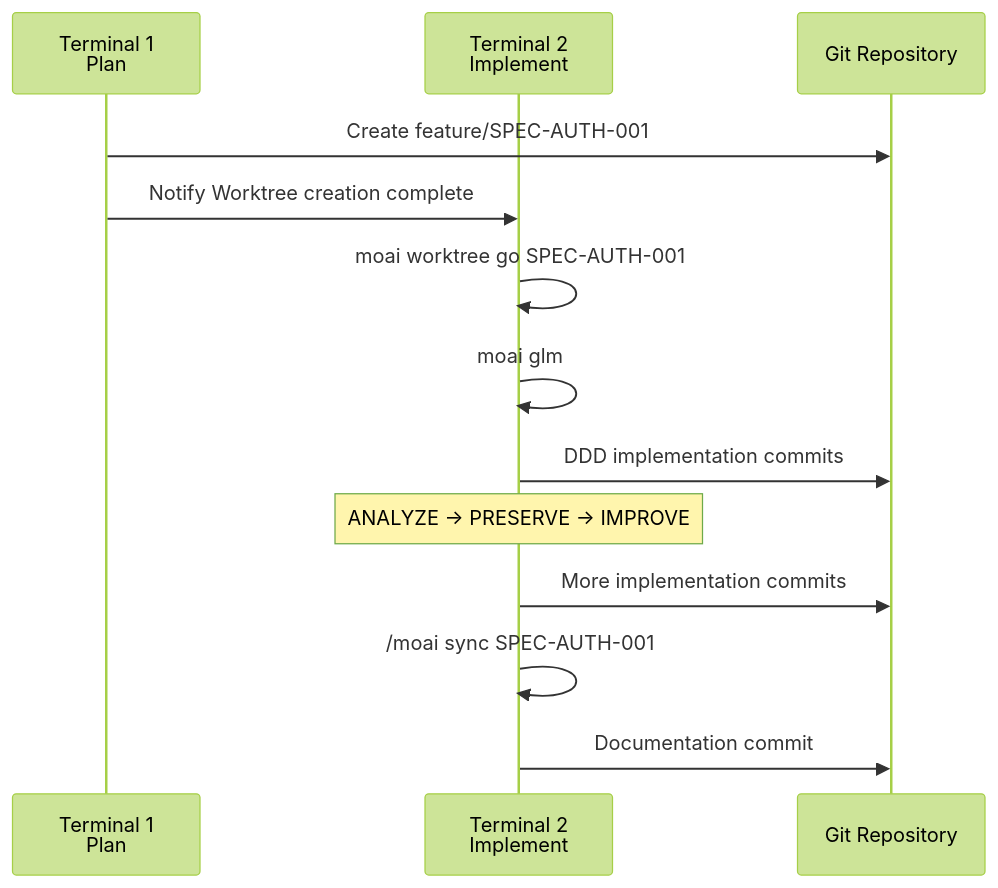
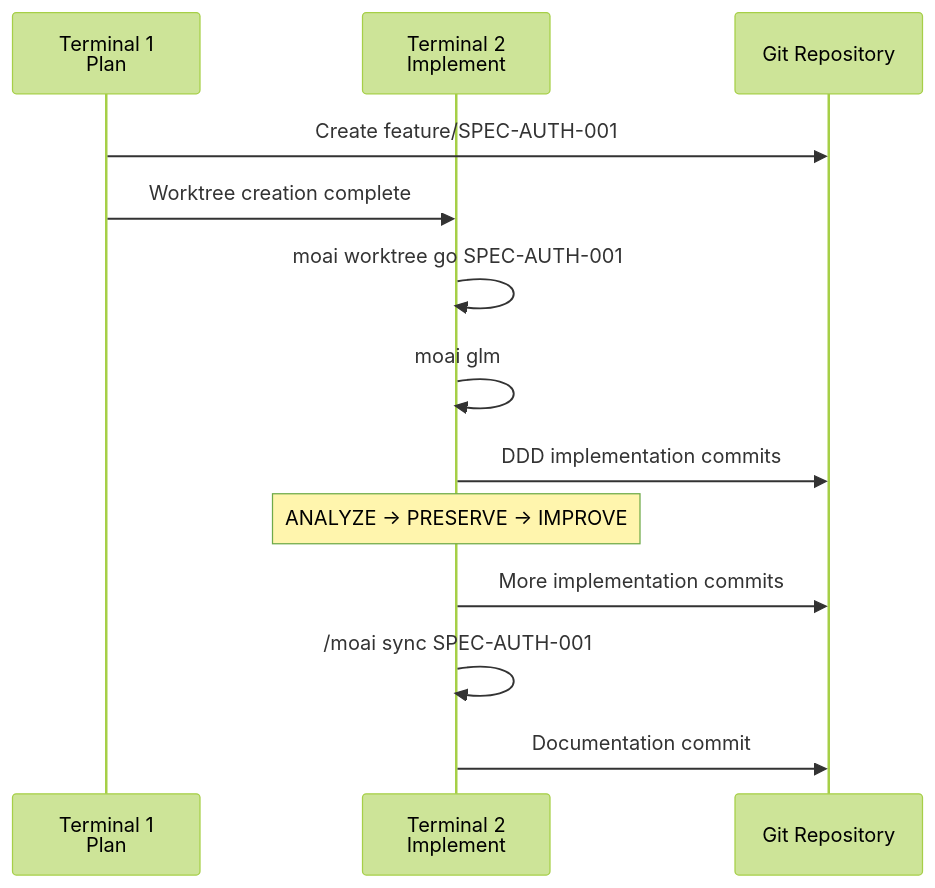
The sixth of 10 diagrams in docs-site/content/en/worktree/guide.md (modu-ai/moai-adk), drawn with Mermaid (forest theme) before and after one commit. The commit also changed other lines of this file and 395 other files, not shown here.

````diff
--- a/docs-site/content/en/worktree/guide.md
+++ b/docs-site/content/en/worktree/guide.md
@@ -423,18 +432,18 @@
 ```mermaid
 sequenceDiagram
     participant T1 as Terminal 1<br/>Plan
     participant T2 as Terminal 2<br/>Implement
     participant Git as Git Repository
 
     T1->>Git: Create feature/SPEC-AUTH-001
-    T1->>T2: Notify Worktree creation complete
+    T1->>T2: Worktree creation complete
 
     T2->>T2: moai worktree go SPEC-AUTH-001
     T2->>T2: moai glm
     T2->>Git: DDD implementation commits
     Note over T2: ANALYZE → PRESERVE → IMPROVE
 
     T2->>Git: More implementation commits
     T2->>T2: /moai sync SPEC-AUTH-001
     T2->>Git: Documentation commit
 ```
````
